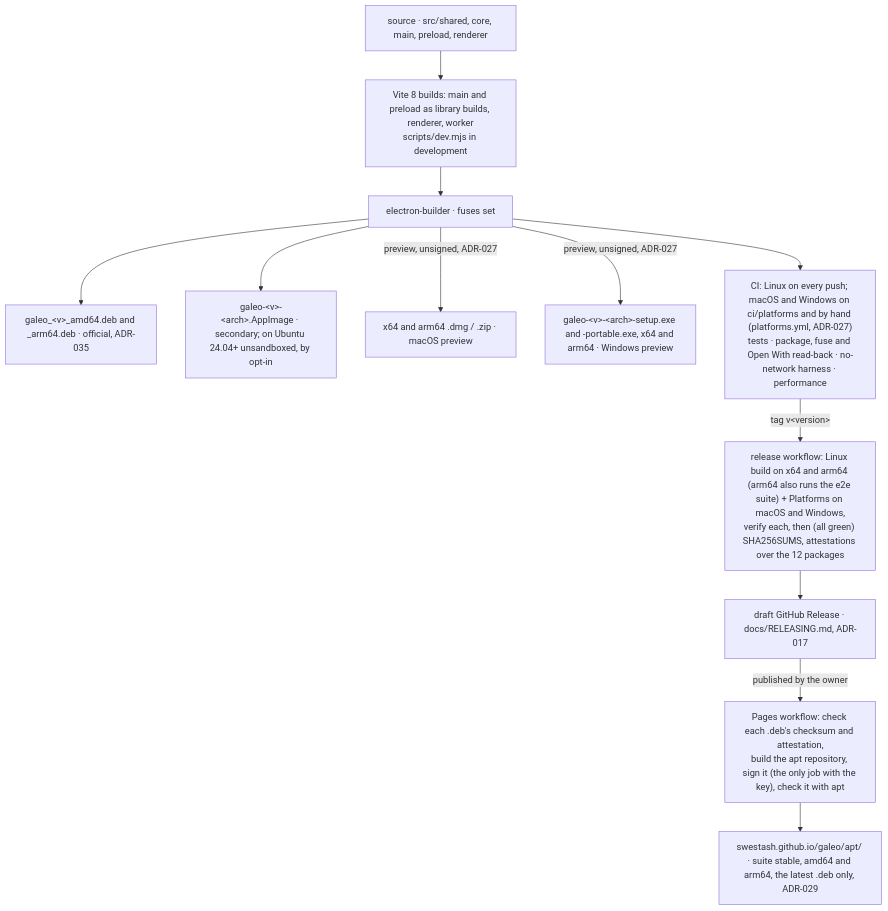
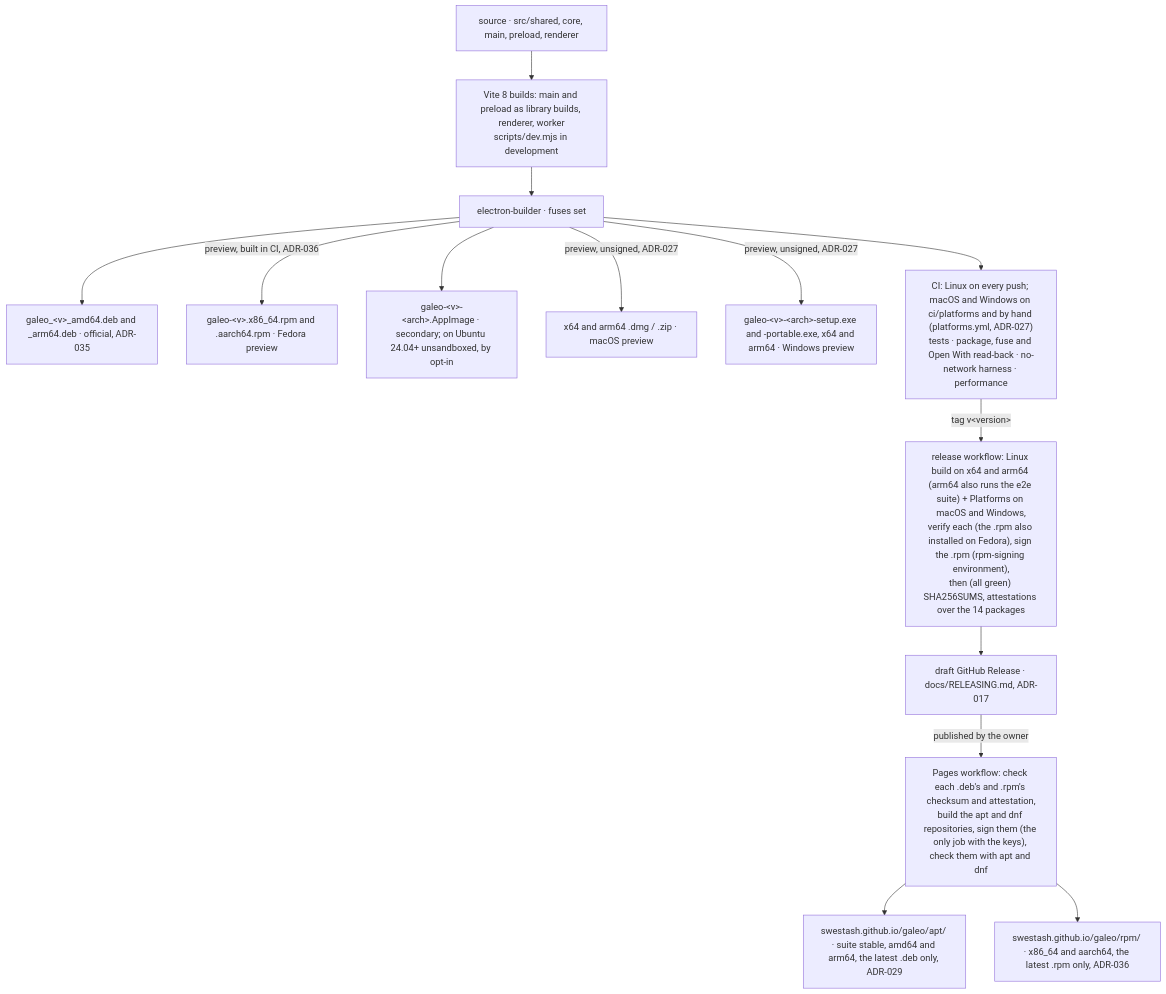
One commit to SWEStash/galeo changed the eighth of 8 diagrams in docs/ARCHITECTURE.md. Above: the diagram before and after it, drawn with Mermaid. The commit also changed other lines of this file and 5 other files, not shown here.

First line of the commit message:
docs(rpm): the .rpm and the dnf repository in the release and security docs

````diff
--- a/docs/ARCHITECTURE.md
+++ b/docs/ARCHITECTURE.md
@@ -479,14 +479,16 @@
 ```mermaid
 flowchart TD
   src[source · src/shared, core, main, preload, renderer] --> vite[Vite 8 builds: main and preload as library builds, renderer, worker<br/>scripts/dev.mjs in development]
   vite --> eb[electron-builder · fuses set]
   eb --> deb[galeo_#lt;v#gt;_amd64.deb and _arm64.deb · official, ADR-035]
+  eb -- "preview, built in CI, ADR-036" --> rpm[galeo-#lt;v#gt;.x86_64.rpm and .aarch64.rpm · Fedora preview]
   eb --> appimage[galeo-#lt;v#gt;-#lt;arch#gt;.AppImage · secondary; on Ubuntu 24.04+ unsandboxed, by opt-in]
   eb -- "preview, unsigned, ADR-027" --> mac[x64 and arm64 .dmg / .zip · macOS preview]
   eb -- "preview, unsigned, ADR-027" --> win[galeo-#lt;v#gt;-#lt;arch#gt;-setup.exe and -portable.exe, x64 and arm64 · Windows preview]
   eb --> ci["CI: Linux on every push; macOS and Windows on ci/platforms and by hand (platforms.yml, ADR-027)<br/>tests · package, fuse and Open With read-back · no-network harness · performance"]
-  ci -- "tag v#lt;version#gt;" --> release["release workflow: Linux build on x64 and arm64 (arm64 also runs the e2e suite) + Platforms on macOS and Windows,<br/>verify each, then (all green) SHA256SUMS, attestations over the 12 packages"]
+  ci -- "tag v#lt;version#gt;" --> release["release workflow: Linux build on x64 and arm64 (arm64 also runs the e2e suite) + Platforms on macOS and Windows,<br/>verify each (the .rpm also installed on Fedora), sign the .rpm (rpm-signing environment),<br/>then (all green) SHA256SUMS, attestations over the 14 packages"]
   release --> draft[draft GitHub Release · docs/RELEASING.md, ADR-017]
-  draft -- "published by the owner" --> pages["Pages workflow: check each .deb's checksum and attestation,<br/>build the apt repository, sign it (the only job with the key), check it with apt"]
+  draft -- "published by the owner" --> pages["Pages workflow: check each .deb's and .rpm's checksum and attestation,<br/>build the apt and dnf repositories, sign them (the only job with the keys), check them with apt and dnf"]
   pages --> apt[swestash.github.io/galeo/apt/ · suite stable, amd64 and arm64, the latest .deb only, ADR-029]
+  pages --> dnf[swestash.github.io/galeo/rpm/ · x86_64 and aarch64, the latest .rpm only, ADR-036]
 ```
````
